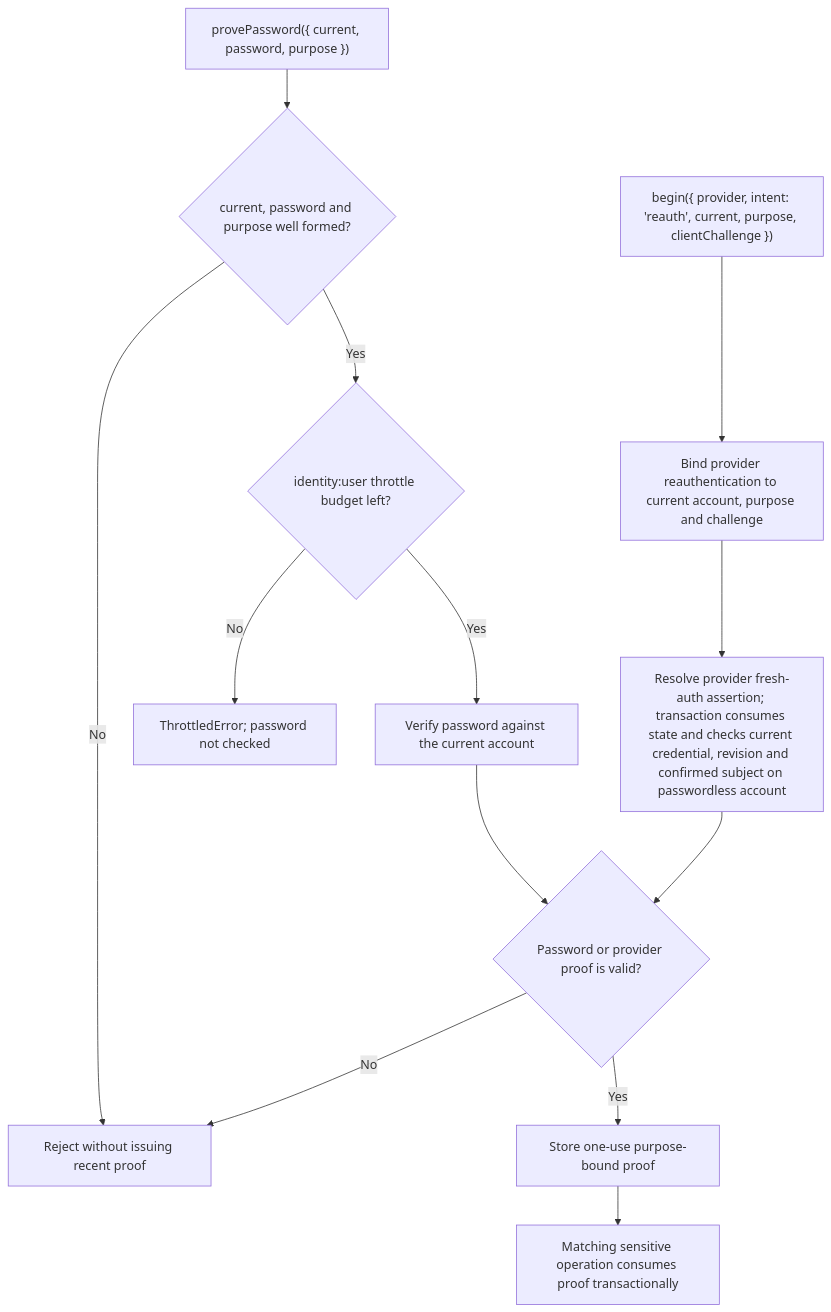
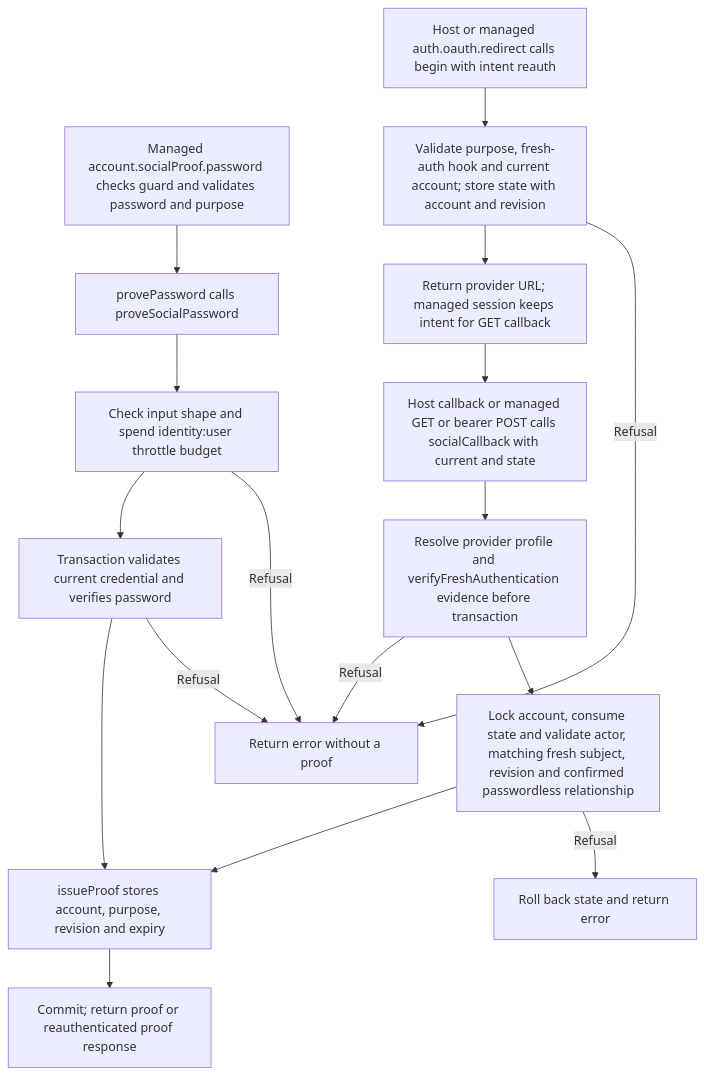
One commit to Kevinjohn/oss-adonisjs-account-kit changed the second of 2 diagrams in user-stories/US-ACCOUNT-23-prove-social-action.md. Above: the diagram before and after it, drawn with Mermaid. The commit also changed other lines of this file and 70 other files, not shown here.

Commit message:
Refresh the Account Kit user story catalogue for 0.6.0

````diff
--- a/user-stories/US-ACCOUNT-23-prove-social-action.md
+++ b/user-stories/US-ACCOUNT-23-prove-social-action.md
@@ -36,15 +38,19 @@
 ```mermaid
 flowchart TD
- A["provePassword({ current, password, purpose })"] --> A1{"current, password and purpose well formed?"}
- A1 -->|No| F
- A1 -->|Yes| A3{"identity:user throttle budget left?"}
- A3 -->|No| A4["ThrottledError; password not checked"]
- A3 -->|Yes| B["Verify password against the current account"]
- A2["begin({ provider, intent: 'reauth', current, purpose, clientChallenge })"] --> C["Bind provider reauthentication to current account, purpose and challenge"]
- C --> D["Resolve provider fresh-auth assertion; transaction consumes state and checks current credential, revision and confirmed subject on passwordless account"]
- B --> E{"Password or provider proof is valid?"}
- D --> E
- E -->|No| F["Reject without issuing recent proof"]
- E -->|Yes| G["Store one-use purpose-bound proof"]
- G --> H["Matching sensitive operation consumes proof transactionally"]
+ M["Managed account.socialProof.password checks guard and validates password and purpose"] --> A
+ A["provePassword calls proveSocialPassword"] --> B["Check input shape and spend identity:user throttle budget"]
+ B -->|Refusal| E["Return error without a proof"]
+ B --> C["Transaction validates current credential and verifies password"]
+ C -->|Refusal| E
+ C --> P["issueProof stores account, purpose, revision and expiry"]
+ H["Host or managed auth.oauth.redirect calls begin with intent reauth"] --> I["Validate purpose, fresh-auth hook and current account; store state with account and revision"]
+ I -->|Refusal| E
+ I --> J["Return provider URL; managed session keeps intent for GET callback"]
+ J --> K["Host callback or managed GET or bearer POST calls socialCallback with current and state"]
+ K --> L["Resolve provider profile and verifyFreshAuthentication evidence before transaction"]
+ L --> N["Lock account, consume state and validate actor, matching fresh subject, revision and confirmed passwordless relationship"]
+ L -->|Refusal| E
+ N -->|Refusal| R["Roll back state and return error"]
+ N --> P
+ P --> S["Commit; return proof or reauthenticated proof response"]
 ```
````
